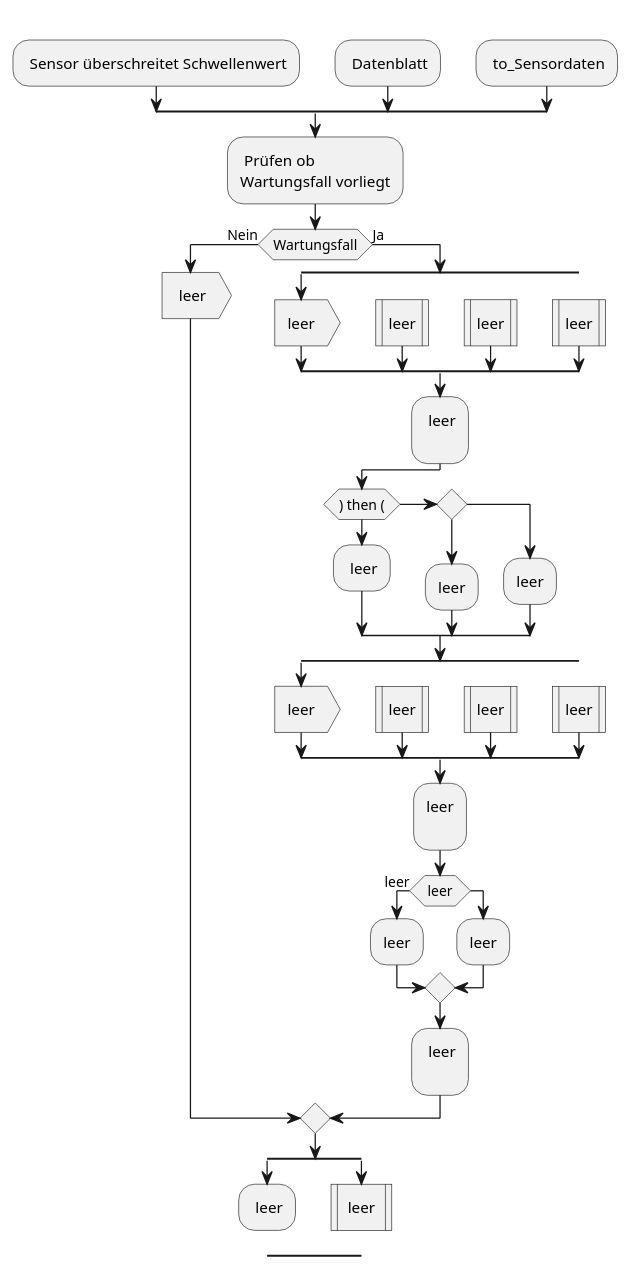
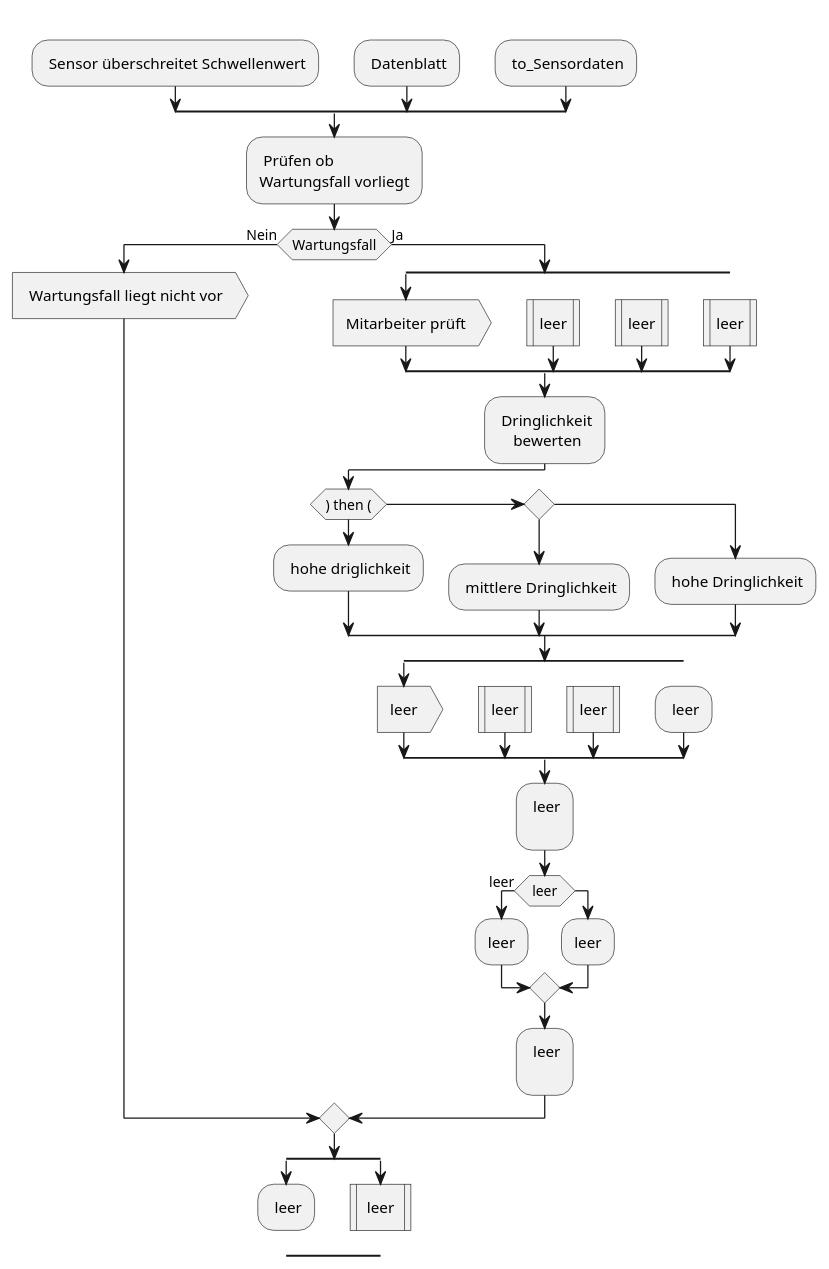
One commit to Martin1088/Plantuml-With-Screenreader changed the diagram in Service_Rule/Aufgabe6_ASP2_Sommer2022.puml. Above: the diagram before and after it, drawn with PlantUML. The commit also changed 16 other files, not shown here.

```diff
--- a/Service_Rule/Aufgabe6_ASP2_Sommer2022.puml
+++ b/Service_Rule/Aufgabe6_ASP2_Sommer2022.puml
@@ -1,72 +1,72 @@
 @startuml name Service 
 split 
     -[hidden]->
     : Sensor überschreitet Schwellenwert;
 split again
     -[hidden]->
     : Datenblatt;
 split again 
     -[hidden]->
     : to_Sensordaten;
 end split
 ' Kasten eins
 : Prüfen ob 
 Wartungsfall vorliegt;
 if (Wartungsfall) then (Nein)
-: leer>
+: Wartungsfall liegt nicht vor>
 else (Ja)
 split 
-:leer>
+:Mitarbeiter prüft>
 split again
     -[hidden]->
     :leer|
 split again
     -[hidden]->
     :leer|
 split again
 -[hidden]->
     :leer|
 end split
 ' Kasten zwei 
-: leer
-;
+: Dringlichkeit 
+    bewerten;
 if () then ()
-: leer;
+: hohe driglichkeit;
 elseif () then ()
-:leer;
+: mittlere Dringlichkeit;
 else ()
-:leer;
+: hohe Dringlichkeit;
 endif
 split 
 :leer>
 split again
     -[hidden]->
     :leer|
 split again
     -[hidden]->
     :leer|
 split again
 -[hidden]->
-    :leer|
+    : leer;
 end split
 ' Kasten drei 
-:leer
+: leer
 ;
 if (leer) then (leer)
 :leer;
 else
 :leer;
 endif
 ' letzter Kasten vier
 : leer
 ;
 endif
 split
     : leer;
     -[hidden]->
 split again
     : leer |
     -[hidden]->   
 end split 
 
 @enduml
```
